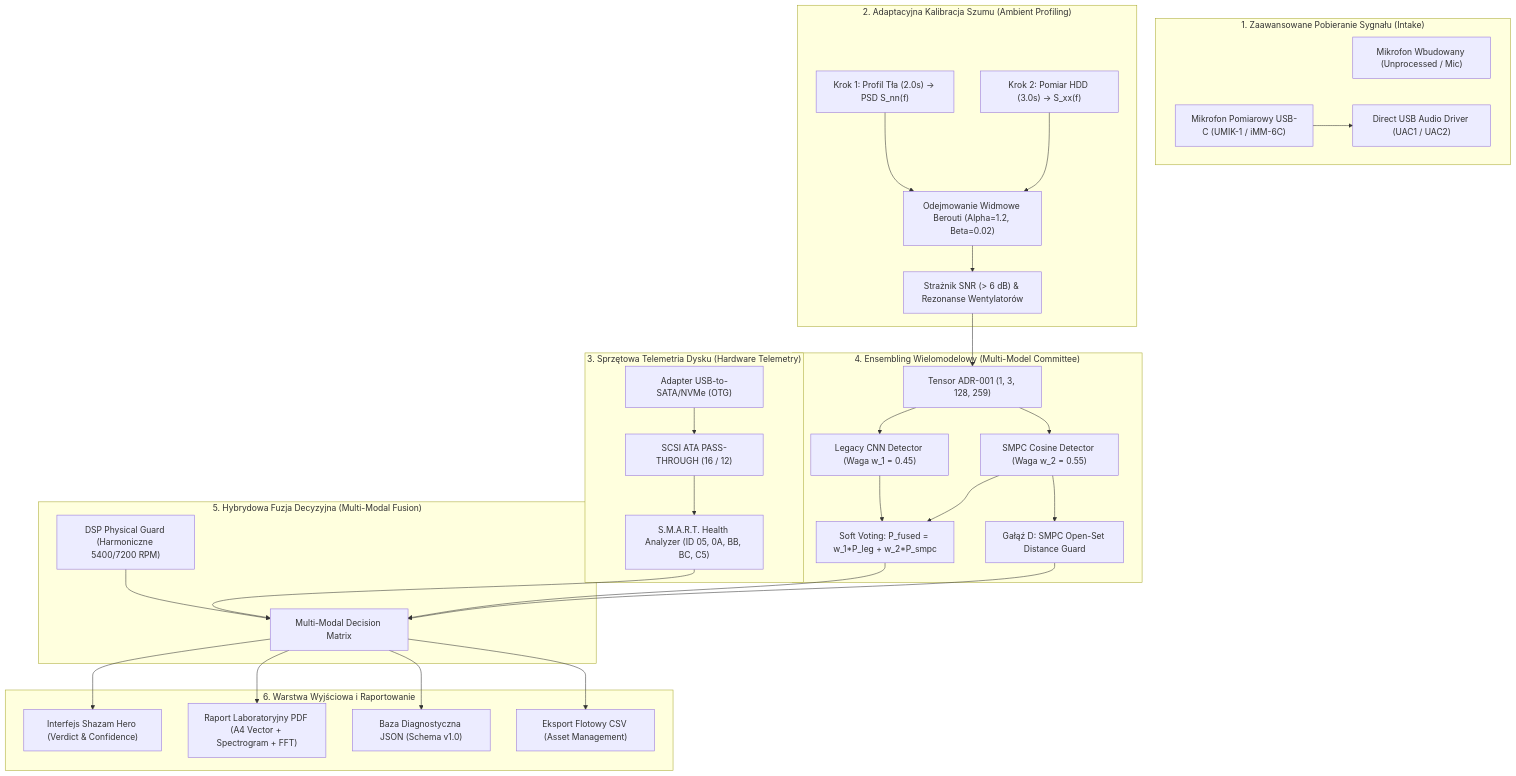
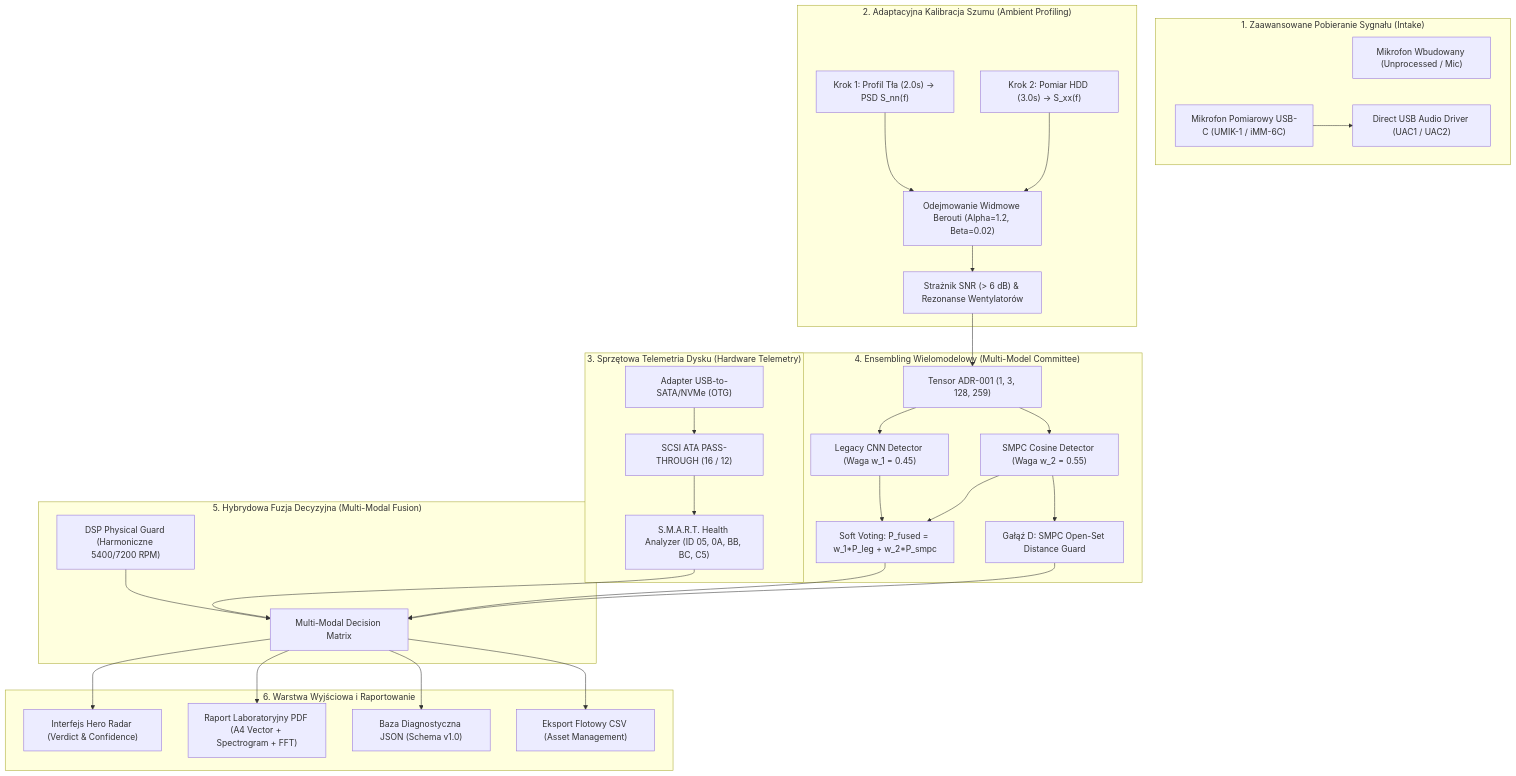
The diagram in docx/STRATEGIC_ROADMAP.md (DJMixu/AcousticHddSentinel), drawn with Mermaid before and after one commit. The commit also changed 86 other files, not shown here.

````diff
--- a/docx/STRATEGIC_ROADMAP.md
+++ b/docx/STRATEGIC_ROADMAP.md
@@ -32,58 +32,58 @@
 ```mermaid
 flowchart TD
     subgraph INTAKE ["1. Zaawansowane Pobieranie Sygnału (Intake)"]
         InternalMic["Mikrofon Wbudowany (Unprocessed / Mic)"]
         UsbMeasurementMic["Mikrofon Pomiarowy USB-C (UMIK-1 / iMM-6C)"]
         DirectUsbAudio["Direct USB Audio Driver (UAC1 / UAC2)"]
         UsbMeasurementMic --> DirectUsbAudio
     end
 
     subgraph ADAPTIVE ["2. Adaptacyjna Kalibracja Szumu (Ambient Profiling)"]
         CalibPhase["Krok 1: Profil Tła (2.0s) -> PSD S_nn(f)"]
         MeasurePhase["Krok 2: Pomiar HDD (3.0s) -> S_xx(f)"]
         SpectralSub["Odejmowanie Widmowe Berouti (Alpha=1.2, Beta=0.02)"]
         SnrGuard["Strażnik SNR (> 6 dB) & Rezonanse Wentylatorów"]
         CalibPhase --> SpectralSub
         MeasurePhase --> SpectralSub
         SpectralSub --> SnrGuard
     end
 
     subgraph TELEMETRY ["3. Sprzętowa Telemetria Dysku (Hardware Telemetry)"]
         UsbSataOtg["Adapter USB-to-SATA/NVMe (OTG)"]
         ScsiPassThrough["SCSI ATA PASS-THROUGH (16 / 12)"]
         SmartEngine["S.M.A.R.T. Health Analyzer (ID 05, 0A, BB, BC, C5)"]
         UsbSataOtg --> ScsiPassThrough --> SmartEngine
     end
 
     subgraph ML_ENSEMBLE ["4. Ensembling Wielomodelowy (Multi-Model Committee)"]
         Tensor["Tensor ADR-001 (1, 3, 128, 259)"]
         LegacyModel["Legacy CNN Detector (Waga w_1 = 0.45)"]
         SmpcModel["SMPC Cosine Detector (Waga w_2 = 0.55)"]
         OodRejection["Gałąź D: SMPC Open-Set Distance Guard"]
         WeightedVoting["Soft Voting: P_fused = w_1*P_leg + w_2*P_smpc"]
         Tensor --> LegacyModel --> WeightedVoting
         Tensor --> SmpcModel --> WeightedVoting
         SmpcModel --> OodRejection
     end
 
     subgraph FUSION ["5. Hybrydowa Fuzja Decyzyjna (Multi-Modal Fusion)"]
         RpmFftGuard["DSP Physical Guard (Harmoniczne 5400/7200 RPM)"]
         FusionEngine["Multi-Modal Decision Matrix"]
         SnrGuard --> Tensor
         RpmFftGuard --> FusionEngine
         SmartEngine --> FusionEngine
         WeightedVoting --> FusionEngine
         OodRejection --> FusionEngine
     end
 
     subgraph OUTPUT ["6. Warstwa Wyjściowa i Raportowanie"]
-        UiVerdict["Interfejs Shazam Hero (Verdict & Confidence)"]
+        UiVerdict["Interfejs Hero Radar (Verdict & Confidence)"]
         PdfReport["Raport Laboratoryjny PDF (A4 Vector + Spectrogram + FFT)"]
         JsonBundle["Baza Diagnostyczna JSON (Schema v1.0)"]
         CsvFleet["Eksport Flotowy CSV (Asset Management)"]
         FusionEngine --> UiVerdict
         FusionEngine --> PdfReport
         FusionEngine --> JsonBundle
         FusionEngine --> CsvFleet
     end
 ```
````
